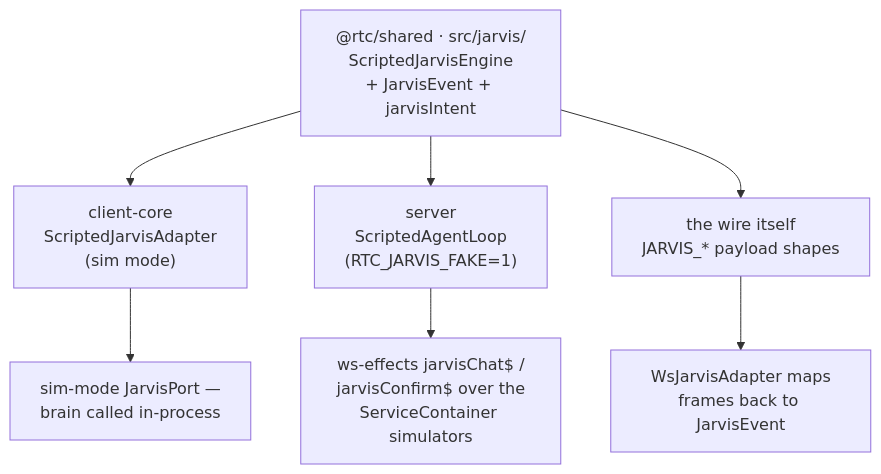
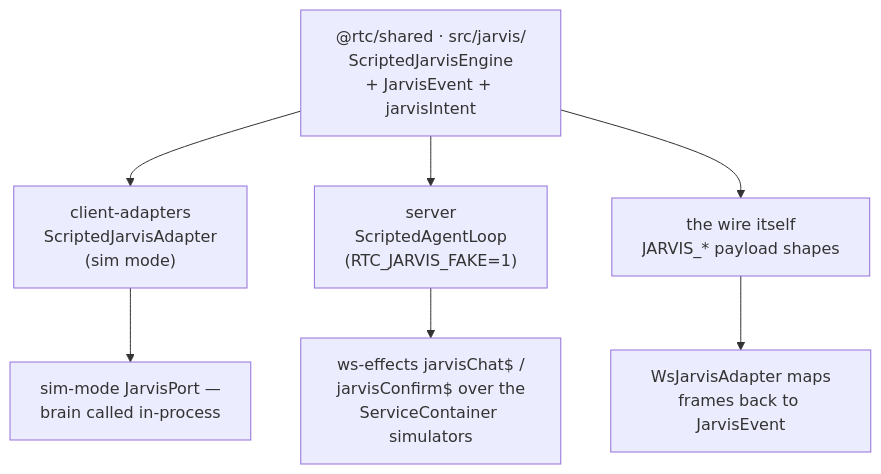
One commit to bettersoftware-io/ReactiveTraderCloudClone changed the eighth of 9 diagrams in docs/architecture/18-jarvis-ai-agent-surface.md. Above: the diagram before and after it, drawn with Mermaid. The commit also changed other lines of this file and 43 other files, not shown here.

First line of the commit message:
docs: the three sibling cores and @rtc/client-adapters; retire the import codemod

````diff
--- a/docs/architecture/18-jarvis-ai-agent-surface.md
+++ b/docs/architecture/18-jarvis-ai-agent-surface.md
@@ -491,16 +491,16 @@
 ```mermaid
 flowchart TD
     ENG["@rtc/shared · src/jarvis/<br/>ScriptedJarvisEngine<br/>+ JarvisEvent + jarvisIntent"]
 
-    C1["client-core<br/>ScriptedJarvisAdapter<br/>(sim mode)"]
+    C1["client-adapters<br/>ScriptedJarvisAdapter<br/>(sim mode)"]
     C2["server<br/>ScriptedAgentLoop<br/>(RTC_JARVIS_FAKE=1)"]
     C3["the wire itself<br/>JARVIS_* payload shapes"]
 
     ENG --> C1
     ENG --> C2
     ENG --> C3
 
     C1 --> USE1["sim-mode JarvisPort —<br/>brain called in-process"]
     C2 --> USE2["ws-effects jarvisChat$ /<br/>jarvisConfirm$ over the<br/>ServiceContainer simulators"]
     C3 --> USE3["WsJarvisAdapter maps<br/>frames back to JarvisEvent"]
 ```
````
